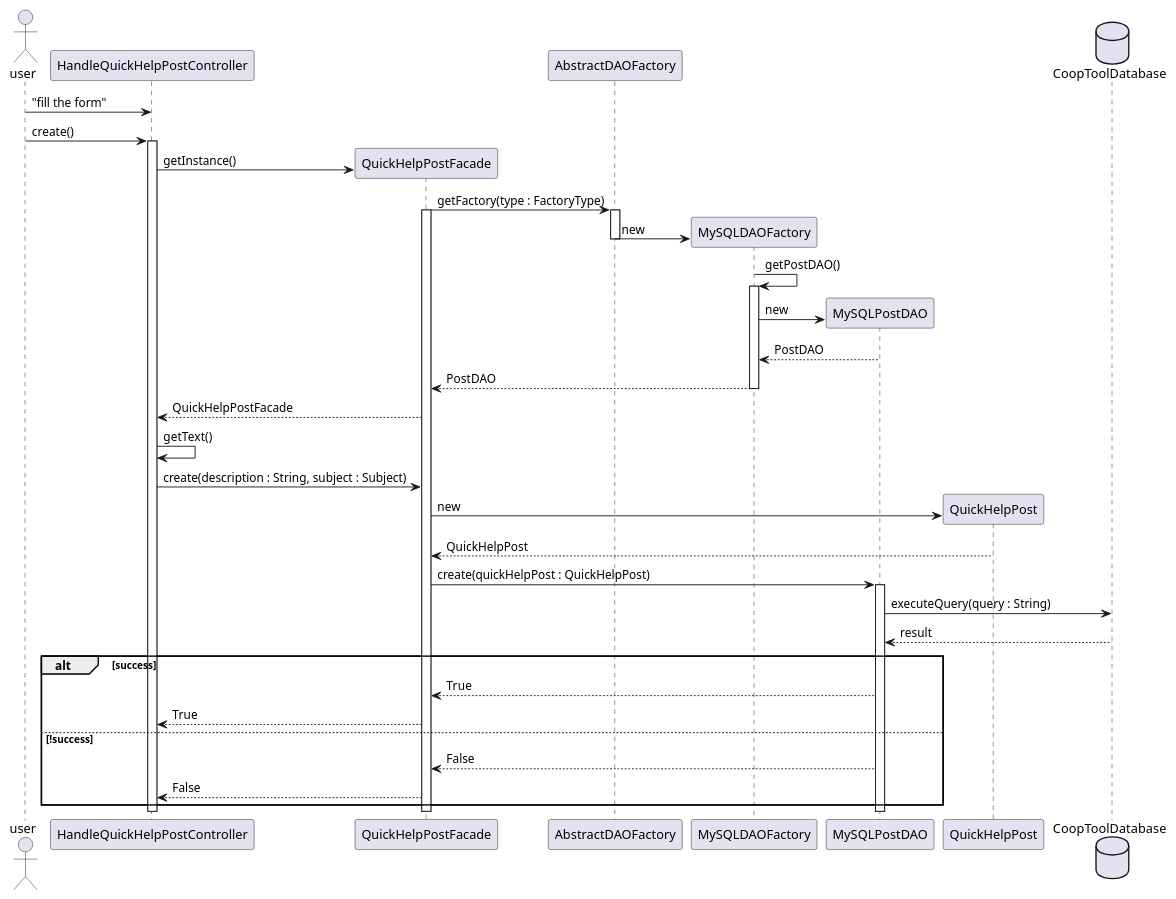
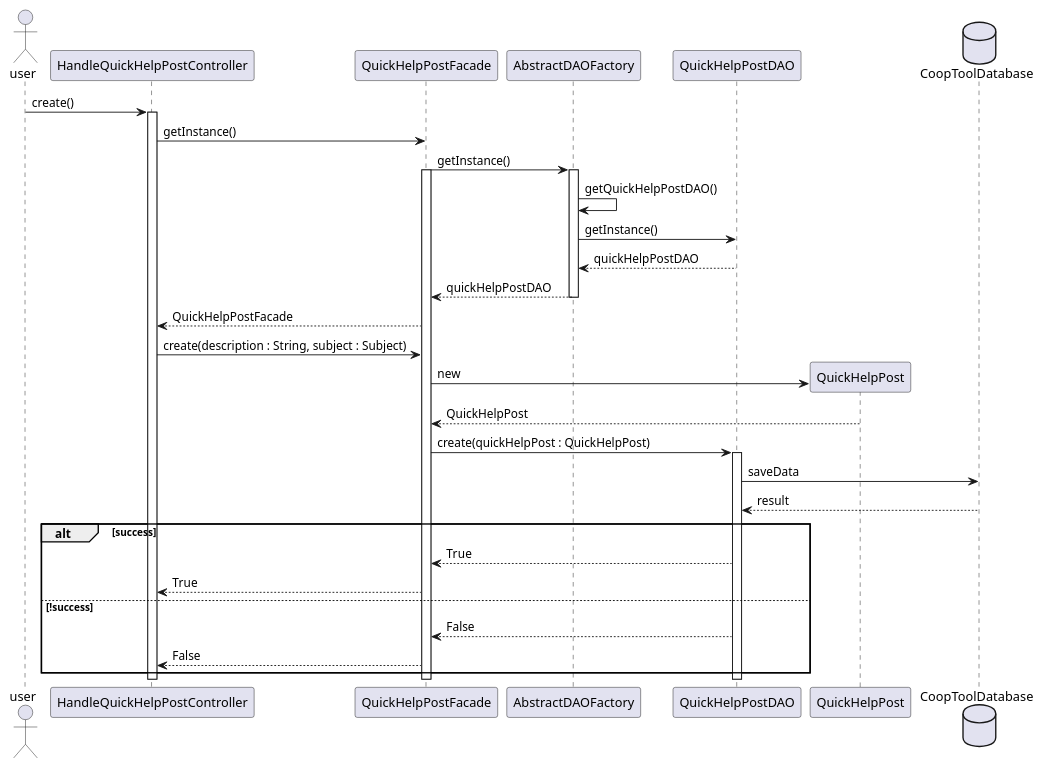
One commit to Guillaume-Dufour/coopToolProject changed the diagram in ext/sequenceDiag/quickHelpPost.puml. Above: the diagram before and after it, drawn with PlantUML. The commit also changed 2 other files, not shown here.

Commit message:
end of diagram

```diff
--- a/ext/sequenceDiag/quickHelpPost.puml
+++ b/ext/sequenceDiag/quickHelpPost.puml
@@ -1,51 +1,42 @@
 @startuml
 actor user
 participant HandleQuickHelpPostController
 participant QuickHelpPostFacade
 participant AbstractDAOFactory
-participant MySQLDAOFactory
-participant MySQLPostDAO
+participant QuickHelpPostDAO
 participant QuickHelpPost
 database CoopToolDatabase
 
-user -> HandleQuickHelpPostController : "fill the form"
 user -> HandleQuickHelpPostController : create()
 activate HandleQuickHelpPostController
-create QuickHelpPostFacade
 HandleQuickHelpPostController -> QuickHelpPostFacade  : getInstance()
-QuickHelpPostFacade -> AbstractDAOFactory : getFactory(type : FactoryType)
+QuickHelpPostFacade -> AbstractDAOFactory : getInstance()
 activate QuickHelpPostFacade
 activate AbstractDAOFactory
-create MySQLDAOFactory
-AbstractDAOFactory -> MySQLDAOFactory : new
+AbstractDAOFactory -> AbstractDAOFactory : getQuickHelpPostDAO()
+AbstractDAOFactory -> QuickHelpPostDAO : getInstance()
+QuickHelpPostDAO --> AbstractDAOFactory : quickHelpPostDAO
+AbstractDAOFactory --> QuickHelpPostFacade : quickHelpPostDAO
 deactivate AbstractDAOFactory
-MySQLDAOFactory -> MySQLDAOFactory : getPostDAO()
-create MySQLPostDAO
-activate MySQLDAOFactory
-MySQLDAOFactory -> MySQLPostDAO : new
-MySQLPostDAO --> MySQLDAOFactory : PostDAO
-MySQLDAOFactory --> QuickHelpPostFacade : PostDAO
-deactivate MySQLDAOFactory
 QuickHelpPostFacade --> HandleQuickHelpPostController : QuickHelpPostFacade
-HandleQuickHelpPostController -> HandleQuickHelpPostController : getText()
 
 HandleQuickHelpPostController -> QuickHelpPostFacade : create(description : String, subject : Subject)
 create QuickHelpPost
 QuickHelpPostFacade -> QuickHelpPost : new
 QuickHelpPost --> QuickHelpPostFacade : QuickHelpPost
-QuickHelpPostFacade -> MySQLPostDAO : create(quickHelpPost : QuickHelpPost)
-activate MySQLPostDAO
-MySQLPostDAO -> CoopToolDatabase : executeQuery(query : String)
-CoopToolDatabase --> MySQLPostDAO : result
+QuickHelpPostFacade -> QuickHelpPostDAO : create(quickHelpPost : QuickHelpPost)
+activate QuickHelpPostDAO
+QuickHelpPostDAO -> CoopToolDatabase : saveData
+CoopToolDatabase --> QuickHelpPostDAO : result
 alt success
-    MySQLPostDAO --> QuickHelpPostFacade : True
+    QuickHelpPostDAO --> QuickHelpPostFacade : True
     QuickHelpPostFacade --> HandleQuickHelpPostController : True
 else !success
-    MySQLPostDAO --> QuickHelpPostFacade : False
+    QuickHelpPostDAO --> QuickHelpPostFacade : False
     QuickHelpPostFacade --> HandleQuickHelpPostController : False
 end
 deactivate HandleQuickHelpPostController
 deactivate QuickHelpPostFacade
-deactivate MySQLPostDAO
+deactivate QuickHelpPostDAO
 
 @enduml
```
